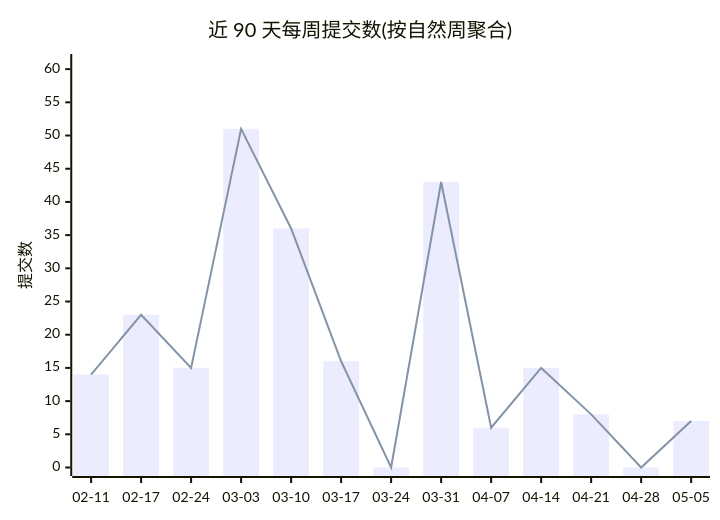
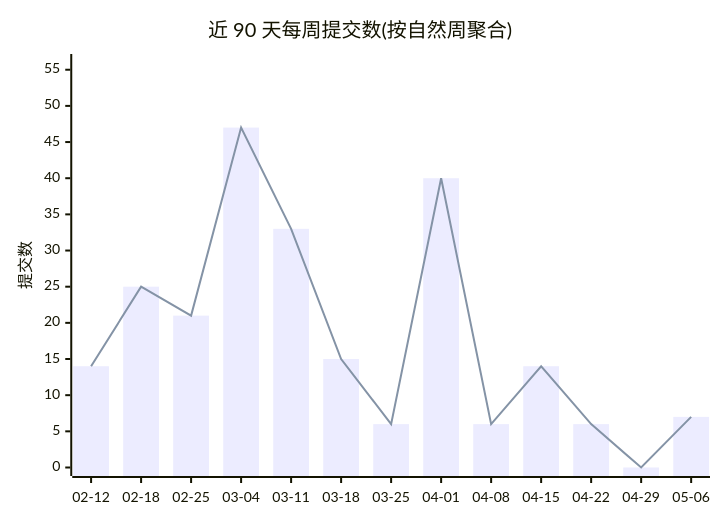
The first of 2 diagrams in profile/README.md (Conflux-Union/.github), drawn with Mermaid before and after one commit. The commit also changed other lines of this file and 1 other file, not shown here.

Commit message:
chore(stats): refresh org commit stats

````diff
--- a/profile/README.md
+++ b/profile/README.md
@@ -44,8 +44,8 @@
 ```mermaid
 xychart-beta
     title "近 90 天每周提交数(按自然周聚合)"
-    x-axis ["02-11", "02-17", "02-24", "03-03", "03-10", "03-17", "03-24", "03-31", "04-07", "04-14", "04-21", "04-28", "05-05"]
-    y-axis "提交数" 0 --> 61
-    bar [14, 23, 15, 51, 36, 16, 0, 43, 6, 15, 8, 0, 7]
-    line [14, 23, 15, 51, 36, 16, 0, 43, 6, 15, 8, 0, 7]
+    x-axis ["02-12", "02-18", "02-25", "03-04", "03-11", "03-18", "03-25", "04-01", "04-08", "04-15", "04-22", "04-29", "05-06"]
+    y-axis "提交数" 0 --> 56
+    bar [14, 25, 21, 47, 33, 15, 6, 40, 6, 14, 6, 0, 7]
+    line [14, 25, 21, 47, 33, 15, 6, 40, 6, 14, 6, 0, 7]
 ```
````
